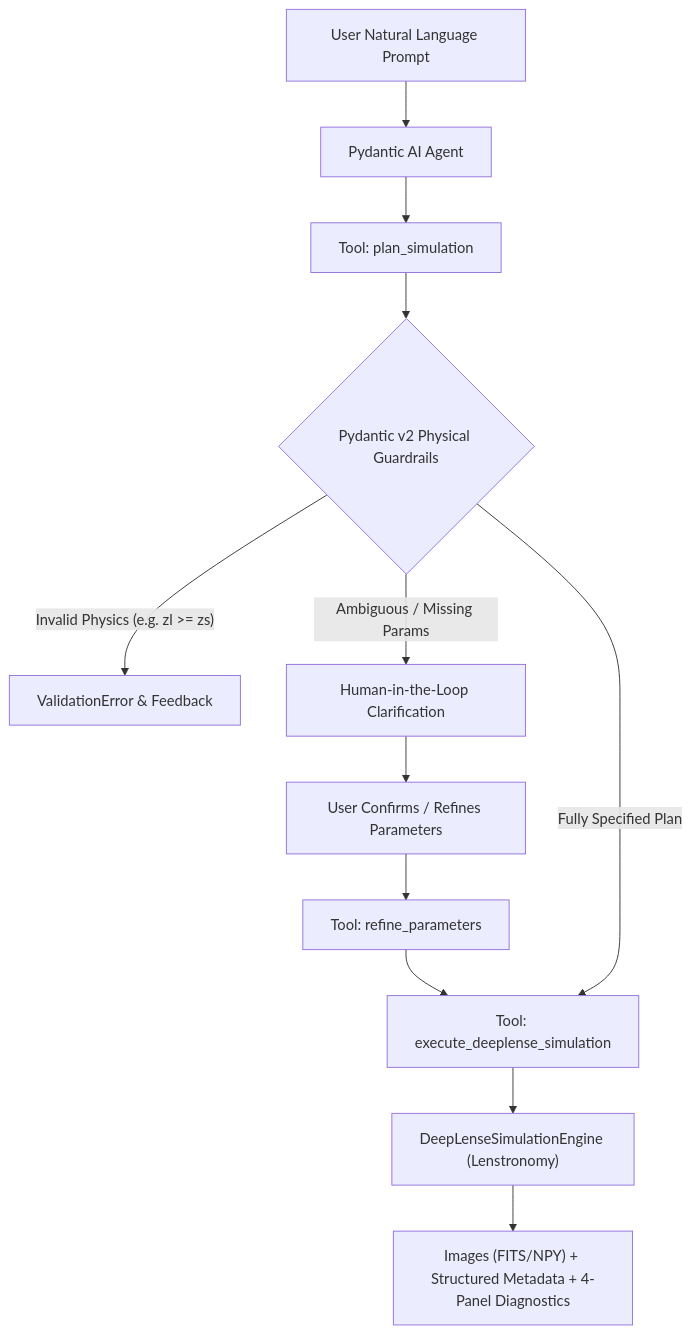
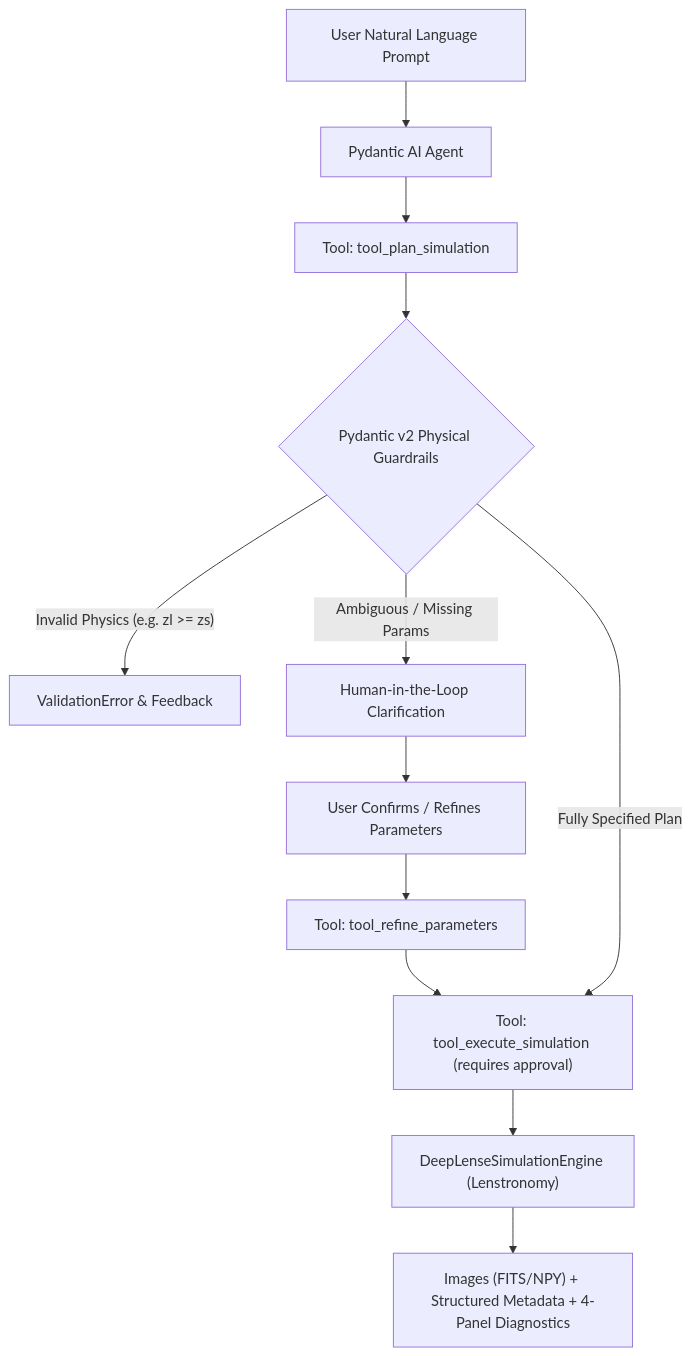
Before and after one commit to deek-sha545/DeepLense-AgenticAI-GSoC2026: the diagram in README.md, drawn with Mermaid. The commit also changed other lines of this file, not shown here.

Commit message:
README: fix model list, default redshift and tool names; note train-test split does not apply

````diff
--- a/README.md
+++ b/README.md
@@ -34,14 +34,14 @@
 ```mermaid
 flowchart TD
     User["User Natural Language Prompt"] --> Agent["Pydantic AI Agent"]
-    Agent --> ToolPlan["Tool: plan_simulation"]
+    Agent --> ToolPlan["Tool: tool_plan_simulation"]
     ToolPlan --> Validator{"Pydantic v2 Physical Guardrails"}
     Validator -- "Invalid Physics (e.g. zl >= zs)" --> Err["ValidationError & Feedback"]
     Validator -- "Ambiguous / Missing Params" --> HITL["Human-in-the-Loop Clarification"]
     HITL --> UserClarify["User Confirms / Refines Parameters"]
-    UserClarify --> ToolRefine["Tool: refine_parameters"]
-    ToolRefine --> ToolExec["Tool: execute_deeplense_simulation"]
+    UserClarify --> ToolRefine["Tool: tool_refine_parameters"]
+    ToolRefine --> ToolExec["Tool: tool_execute_simulation (requires approval)"]
     Validator -- "Fully Specified Plan" --> ToolExec
     ToolExec --> Engine["DeepLenseSimulationEngine (Lenstronomy)"]
     Engine --> Outputs["Images (FITS/NPY) + Structured Metadata + 4-Panel Diagnostics"]
 ```
````
